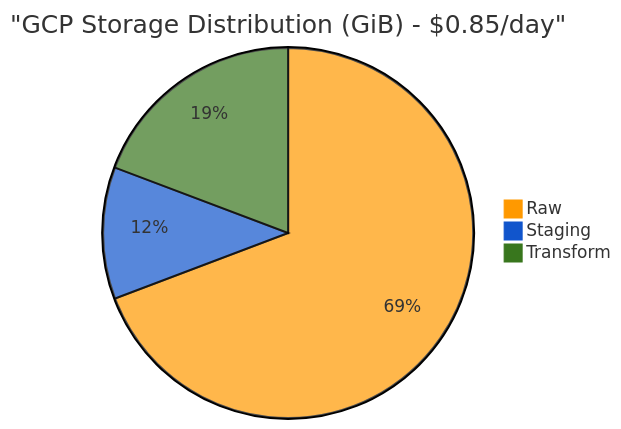
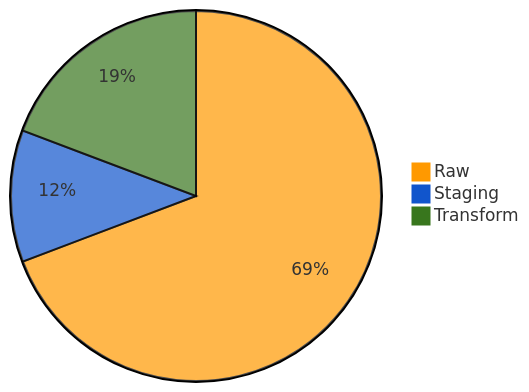
One commit to nhudinh2103/Multi-platform-comparison-NYC-Taxi-dataset changed the second of 3 diagrams in README.md. Above: the diagram before and after it, drawn with Mermaid. The commit also changed other lines of this file, not shown here.

````diff
--- a/README.md
+++ b/README.md
@@ -285,8 +288,7 @@
 ```mermaid
 %%{init: {'theme': 'base', 'themeVariables': { 'pie1': '#ff9900', 'pie2': '#1155cc', 'pie3': '#38761d'}}}%%
 pie
-    title "GCP Storage Distribution (GiB) - $0.85/day"
     "Raw" : 223.13
     "Staging" : 37.08
     "Transform" : 62.04
 ```
````
